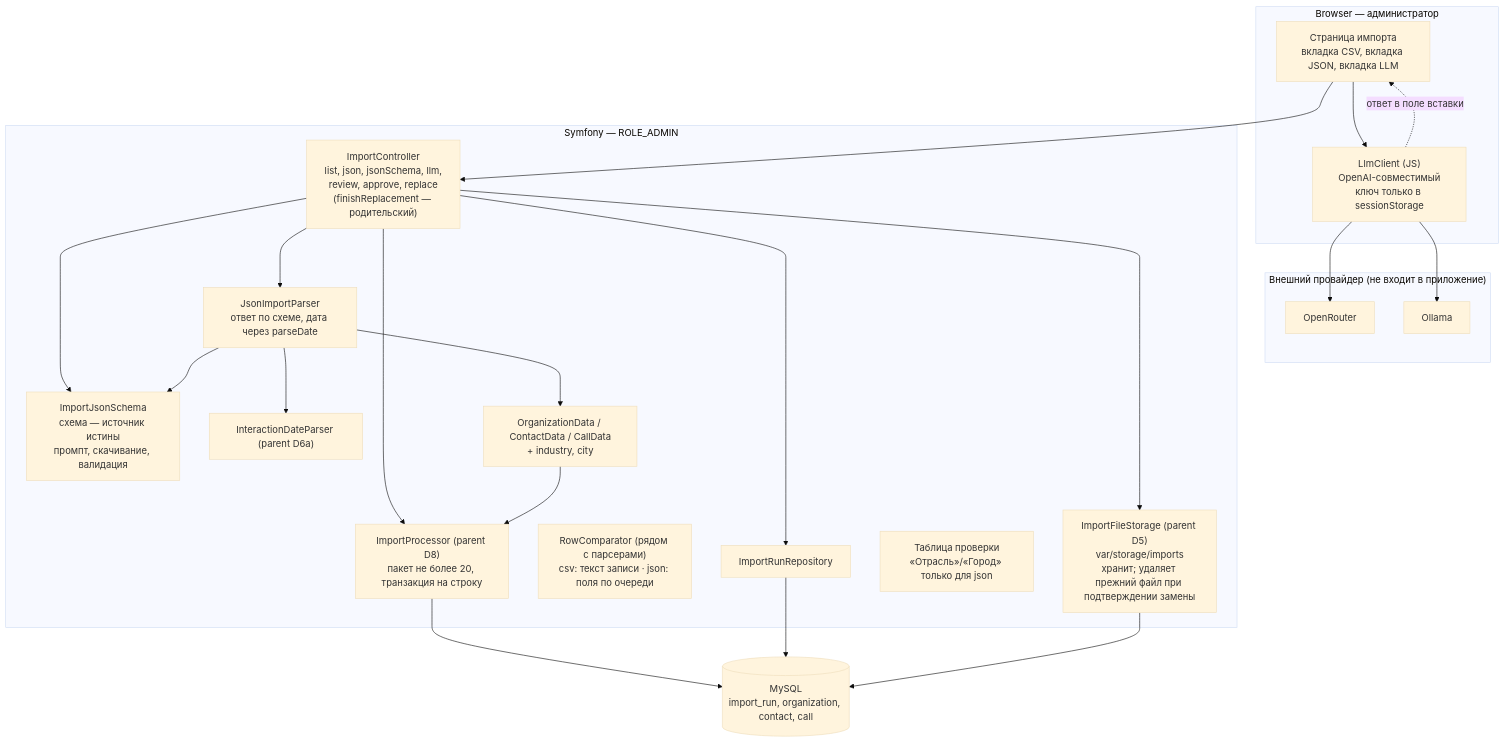
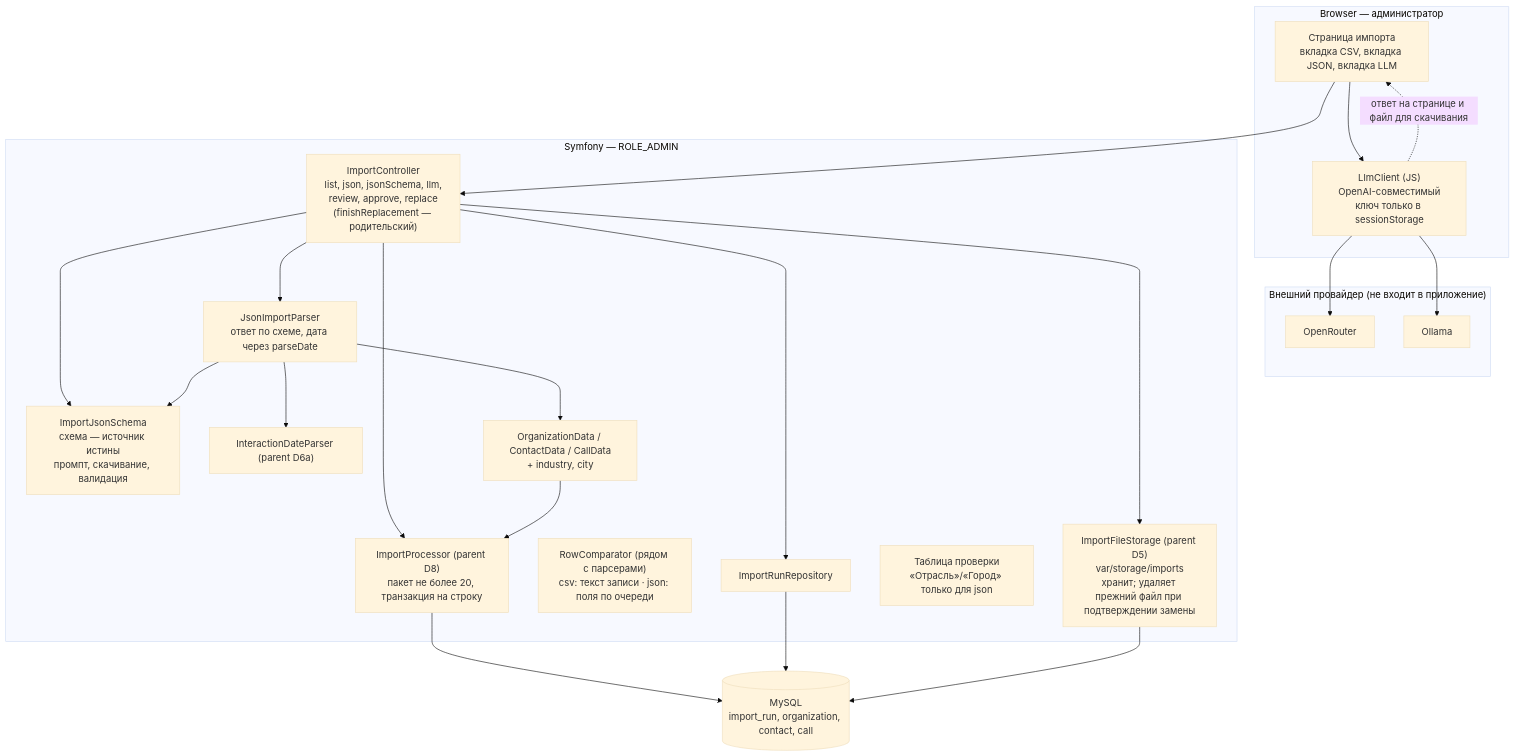
The second of 3 diagrams in openspec/changes/add-organizations-json-import/design.md (AliakseiBurak/crm-one), drawn with Mermaid (base theme) before and after one commit. The commit also changed other lines of this file and 4 other files, not shown here.

````diff
--- a/openspec/changes/add-organizations-json-import/design.md
+++ b/openspec/changes/add-organizations-json-import/design.md
@@ -403,46 +510,46 @@
 ```mermaid
 flowchart TB
   subgraph Browser["Browser — администратор"]
     ImportPage["Страница импорта<br/>вкладка CSV, вкладка JSON, вкладка LLM"]
     LLMJS["LlmClient (JS)<br/>OpenAI-совместимый<br/>ключ только в sessionStorage"]
   end
 
   subgraph Provider["Внешний провайдер (не входит в приложение)"]
     OR["OpenRouter"]
     OL["Ollama"]
   end
 
   subgraph App["Symfony — ROLE_ADMIN"]
     IC["ImportController<br/>list, json, jsonSchema, llm,<br/>review, approve, replace<br/>(finishReplacement — родительский)"]
     ST["ImportFileStorage (parent D5)<br/>var/storage/imports<br/>хранит; удаляет прежний файл при подтверждении замены"]
     SCH["ImportJsonSchema<br/>схема — источник истины<br/>промпт, скачивание, валидация"]
     JP["JsonImportParser<br/>ответ по схеме, дата через parseDate"]
     CMP["RowComparator (рядом с парсерами)<br/>csv: текст записи · json: поля по очереди"]
     IDP["InteractionDateParser (parent D6a)"]
     DTO["OrganizationData / ContactData / CallData<br/>+ industry, city"]
     IP["ImportProcessor (parent D8)<br/>пакет не более 20, транзакция на строку"]
     RV["Таблица проверки<br/>«Отрасль»/«Город» только для json"]
     IR["ImportRunRepository"]
   end
 
   DB[(MySQL<br/>import_run, organization, contact, call)]
 
   ImportPage --> IC
   ImportPage --> LLMJS
   LLMJS --> OR
   LLMJS --> OL
-  LLMJS -. ответ в поле вставки .-> ImportPage
+  LLMJS -. ответ на странице и файл для скачивания .-> ImportPage
 
   IC --> ST
   IC --> JP
   IC --> SCH
   IC --> IP
   IC --> IR
   JP --> SCH
   JP --> IDP
   JP --> DTO
   DTO --> IP
   IP --> DB
   IR --> DB
   ST --> DB
 ```
````
